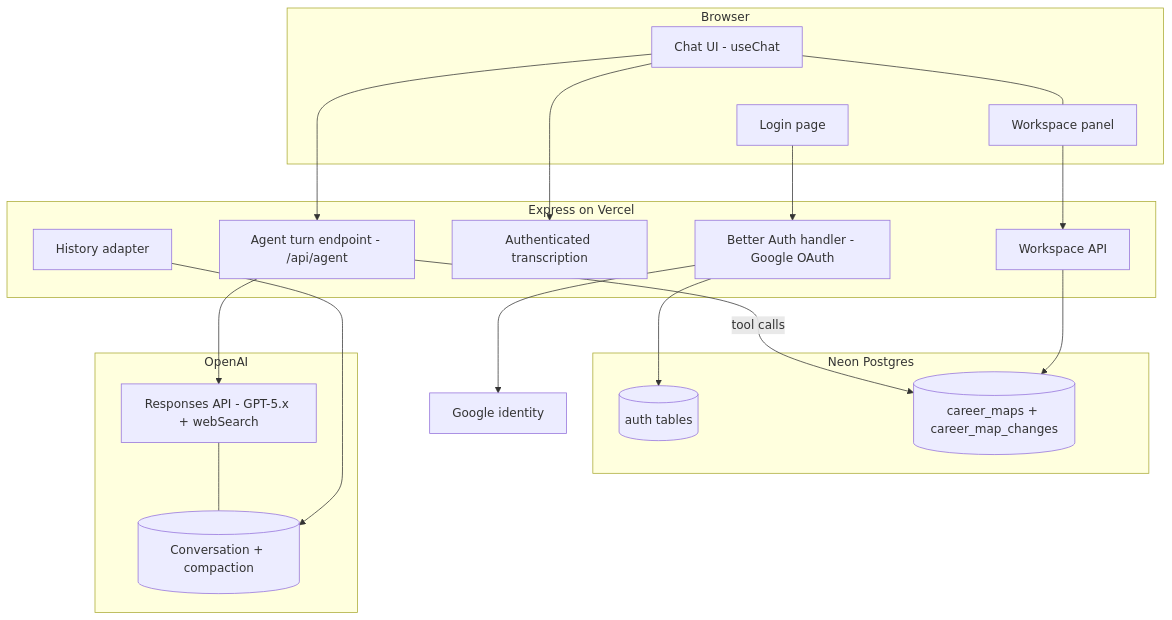
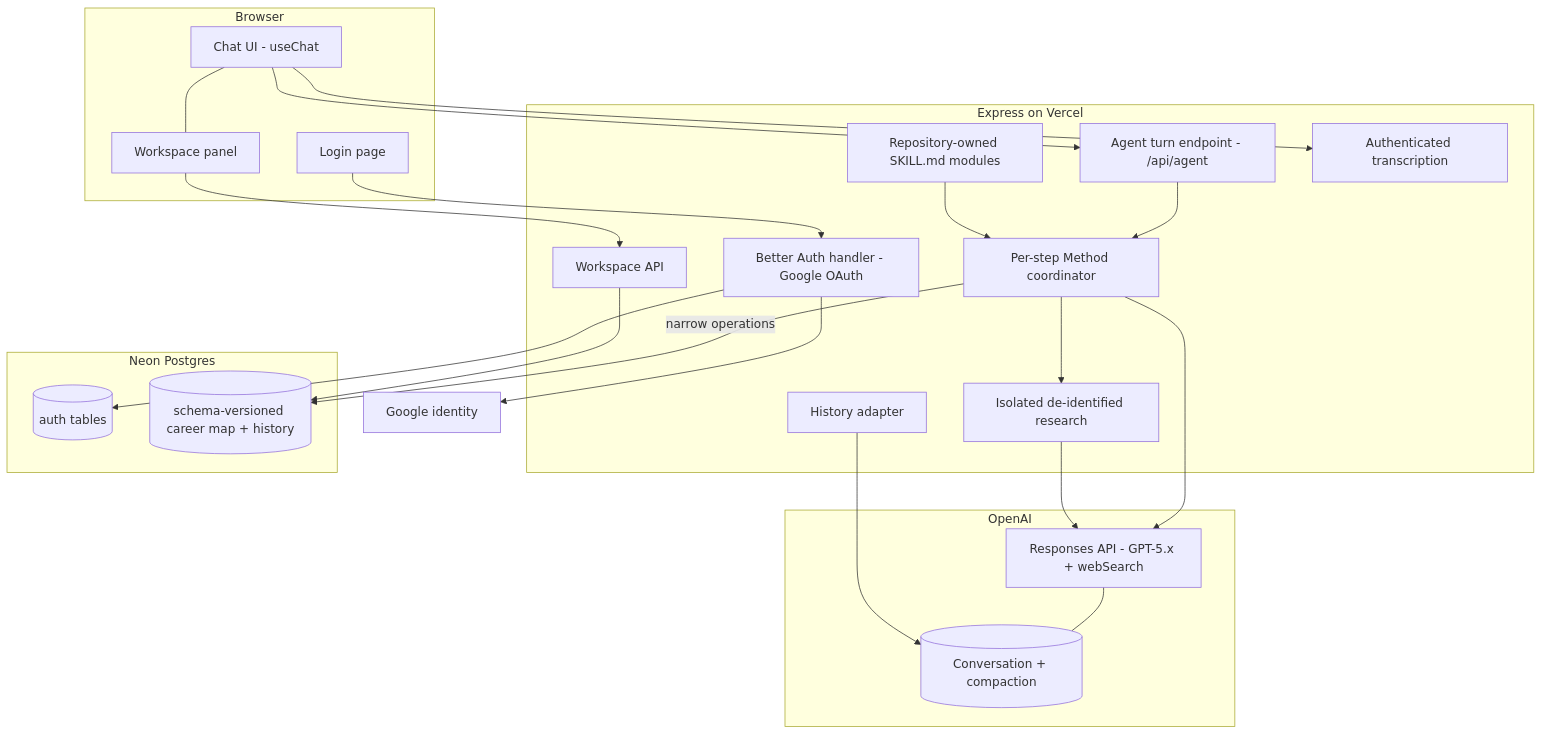
Before and after one commit to andres-monge/ikigai: the second of 5 diagrams in docs/plans/2026-08-14-claude-feat-revelio-revamp-plan.md, drawn with Mermaid. The commit also changed other lines of this file, not shown here.

````diff
--- a/docs/plans/2026-08-14-claude-feat-revelio-revamp-plan.md
+++ b/docs/plans/2026-08-14-claude-feat-revelio-revamp-plan.md
@@ -247,30 +259,36 @@
 ```mermaid
 flowchart TB
   subgraph Browser
     Chat[Chat UI - useChat] --- WS[Workspace panel]
     Login[Login page]
   end
   subgraph Express on Vercel
     Auth[Better Auth handler - Google OAuth]
     AgentEP[Agent turn endpoint - /api/agent]
+    Method[Per-step Method coordinator]
+    Skills[Repository-owned SKILL.md modules]
+    Research[Isolated de-identified research]
     Audio[Authenticated transcription]
     Hist[History adapter]
     WSAPI[Workspace API]
   end
   subgraph Neon Postgres
     Users[(auth tables)]
-    Map[(career_maps + career_map_changes)]
+    Map[(schema-versioned career map + history)]
   end
   subgraph OpenAI
     Resp[Responses API - GPT-5.x + webSearch]
     Conv[(Conversation + compaction)]
   end
   Login --> Auth --> Google[Google identity]
   Auth --> Users
-  Chat --> AgentEP --> Resp
+  Chat --> AgentEP --> Method
+  Skills --> Method
+  Method --> Resp
+  Method --> Research --> Resp
   Chat --> Audio
   Resp --- Conv
-  AgentEP -->|tool calls| Map
+  Method -->|narrow operations| Map
   Hist --> Conv
   WS --> WSAPI --> Map
 ```
````
